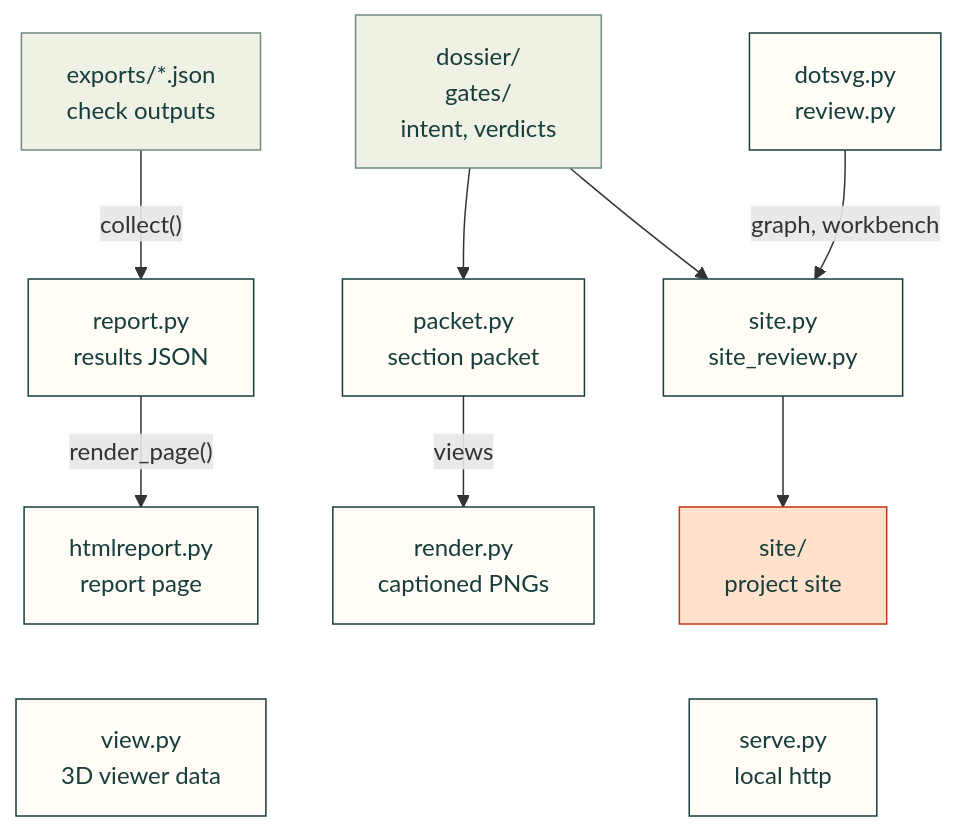
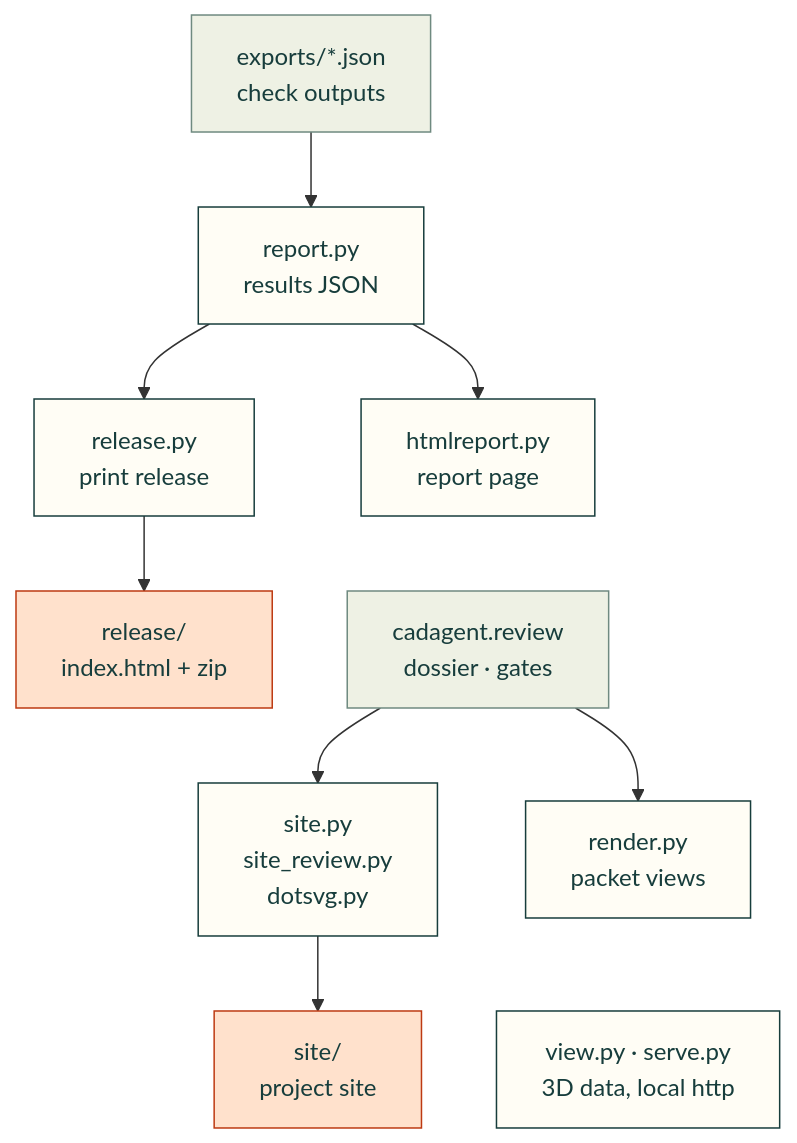
Before and after one commit to Valpatel/cad-agent: the diagram in src/cadagent/publish/README.md, drawn with Mermaid. The commit also changed other lines of this file and 184 other files, not shown here.

First line of the commit message:
Lay src/cadagent out by domain, mirroring the topic tree

````diff
--- a/src/cadagent/publish/README.md
+++ b/src/cadagent/publish/README.md
@@ -9,18 +13,18 @@
 ```mermaid
 flowchart TD
-    X["exports/*.json<br/>check outputs"] -->|"collect()"| R["report.py<br/>results JSON"]
-    R -->|"render_page()"| H["htmlreport.py<br/>report page"]
-    D["dossier/<br/>gates/<br/>intent, verdicts"] --> PK["packet.py<br/>section packet"]
-    PK -->|"views"| RN["render.py<br/>captioned PNGs"]
-    D --> ST["site.py<br/>site_review.py"]
-    DR["dotsvg.py<br/>review.py"] -->|"graph, workbench"| ST
+    X["exports/*.json<br/>check outputs"] --> R["report.py<br/>results JSON"]
+    R --> H["htmlreport.py<br/>report page"]
+    R --> REL["release.py<br/>print release"]
+    REL --> RO["release/<br/>index.html + zip"]
+    H ~~~ D["cadagent.review<br/>dossier · gates"]
+    D --> ST["site.py<br/>site_review.py<br/>dotsvg.py"]
+    D --> RN["render.py<br/>packet views"]
     ST --> O["site/<br/>project site"]
-    H ~~~ V["view.py<br/>3D viewer data"]
-    O ~~~ SV["serve.py<br/>local http"]
+    RN ~~~ VS["view.py · serve.py<br/>3D data, local http"]
     classDef here fill:#fffdf5,stroke:#173d3c,color:#173d3c
     classDef near fill:#eef1e4,stroke:#6f8a80,color:#173d3c
     classDef out fill:#ffe1cc,stroke:#bd3a12,color:#173d3c
-    class R,H,PK,RN,ST,DR,V,SV here
+    class R,H,ST,RN,REL,VS here
     class X,D near
-    class O out
+    class O,RO out
 ```
````
